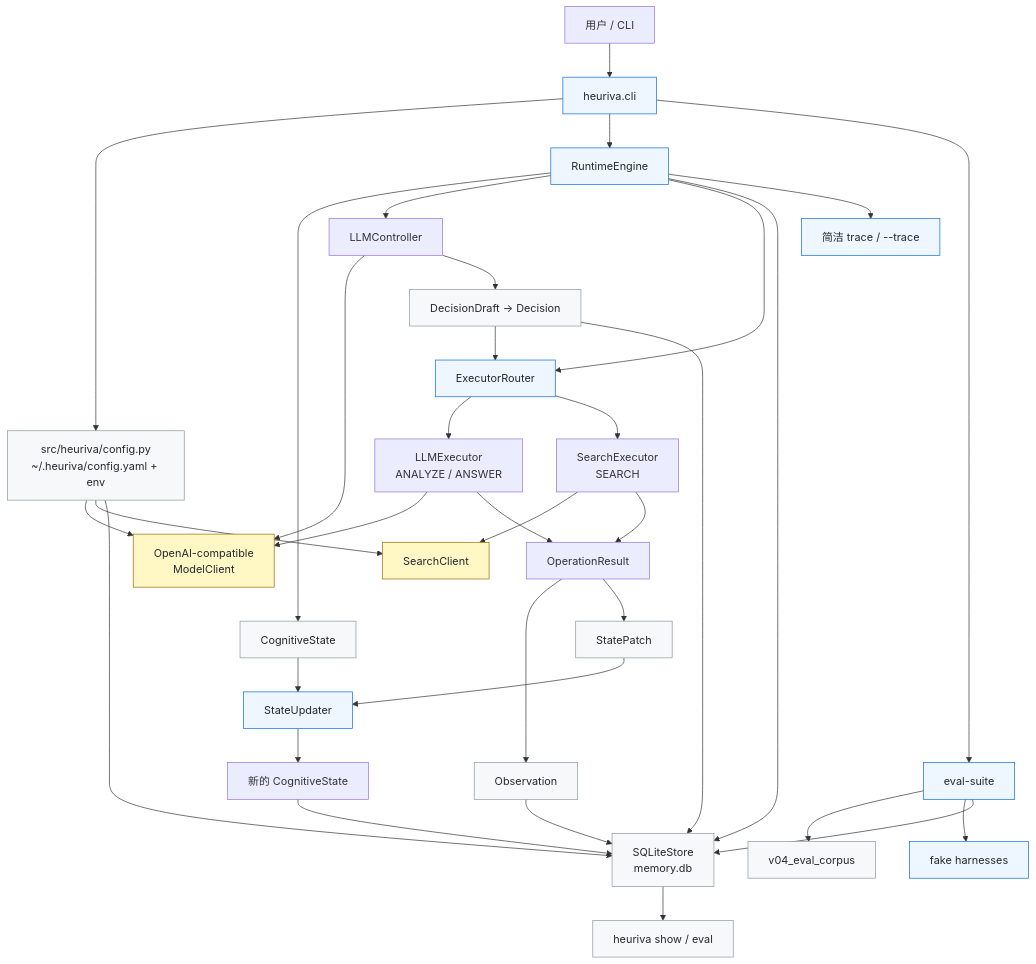
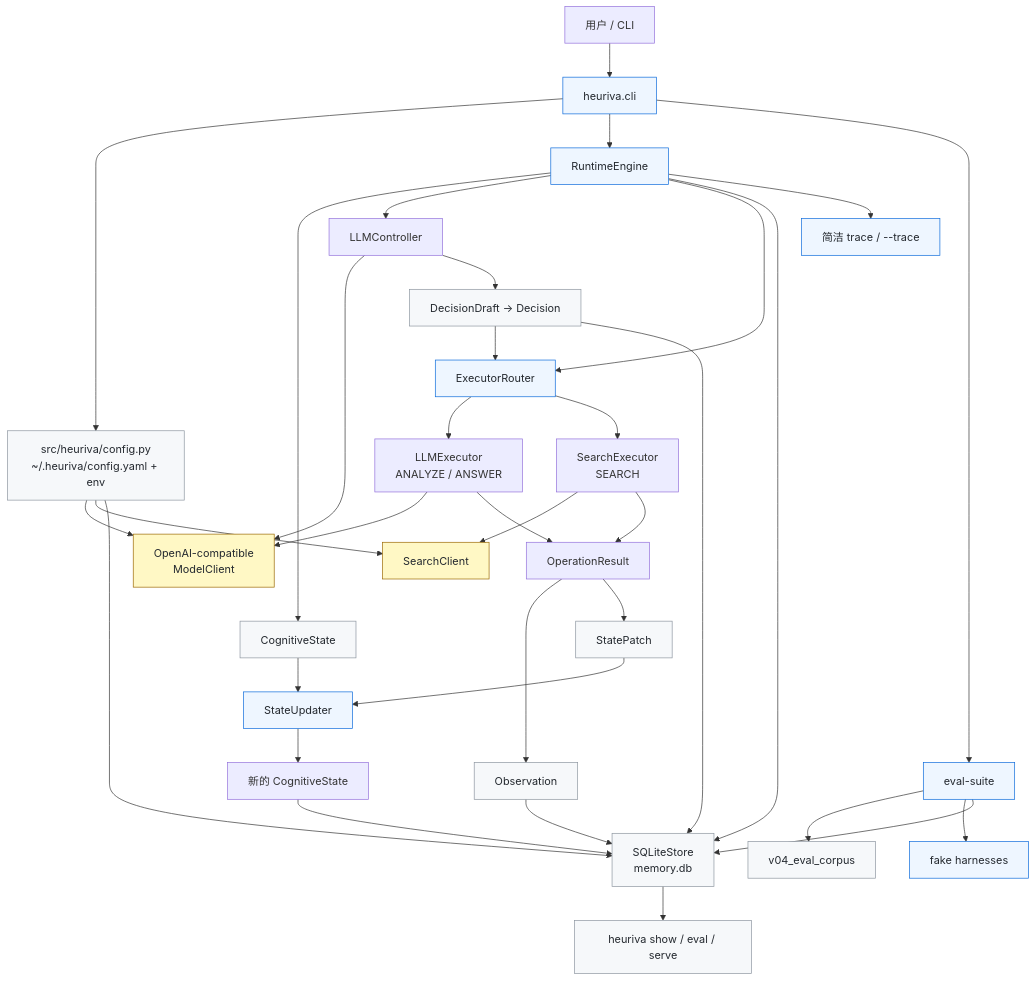
The diagram in README-CN.md (ingeniousfrog/Heuriva), drawn with Mermaid before and after one commit. The commit also changed other lines of this file and 11 other files, not shown here.

````diff
--- a/README-CN.md
+++ b/README-CN.md
@@ -74,49 +78,49 @@
 ```mermaid
 flowchart TD
     User["用户 / CLI"] --> CLI["heuriva.cli"]
     CLI --> Config["src/heuriva/config.py<br/>~/.heuriva/config.yaml + env"]
     CLI --> Engine["RuntimeEngine"]
     CLI --> EvalSuite["eval-suite"]
 
     Config --> ModelClient["OpenAI-compatible<br/>ModelClient"]
     Config --> SearchClient["SearchClient"]
     Config --> Store["SQLiteStore<br/>memory.db"]
 
     Engine --> State["CognitiveState"]
     Engine --> Controller["LLMController"]
     Controller --> ModelClient
     Controller --> Decision["DecisionDraft -> Decision"]
 
     Engine --> Router["ExecutorRouter"]
     Decision --> Router
     Router --> LLMExecutor["LLMExecutor<br/>ANALYZE / ANSWER"]
     Router --> SearchExecutor["SearchExecutor<br/>SEARCH"]
 
     LLMExecutor --> ModelClient
     SearchExecutor --> SearchClient
 
     LLMExecutor --> Result["OperationResult"]
     SearchExecutor --> Result
     Result --> Observation["Observation"]
     Result --> Patch["StatePatch"]
     Patch --> Updater["StateUpdater"]
     State --> Updater
     Updater --> NextState["新的 CognitiveState"]
 
     Engine --> Store
     Decision --> Store
     Observation --> Store
     NextState --> Store
-    Store --> Show["heuriva show / eval"]
+    Store --> Show["heuriva show / eval / serve"]
     EvalSuite --> Corpus["v04_eval_corpus"]
     EvalSuite --> Harness["fake harnesses"]
     EvalSuite --> Store
     Engine --> Trace["简洁 trace / --trace"]
 
     classDef boundary fill:#f6f8fa,stroke:#8c959f,color:#24292f;
     classDef runtime fill:#eef6ff,stroke:#0969da,color:#24292f;
     classDef external fill:#fff8c5,stroke:#9a6700,color:#24292f;
     class CLI,Engine,Router,Updater,Trace,EvalSuite,Harness runtime;
     class ModelClient,SearchClient external;
     class Store,Config,State,Decision,Observation,Patch,Corpus,Show boundary;
 ```
````
